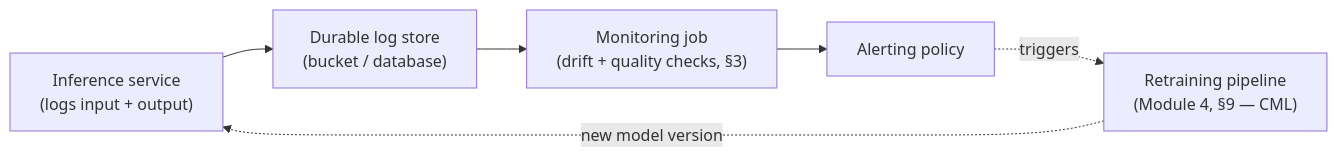
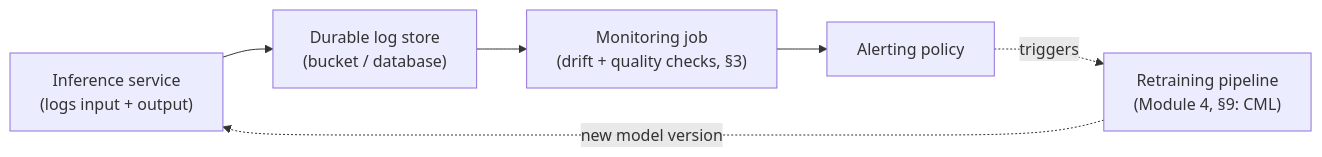
Before and after one commit to aligunesgit/MlOps: the diagram in m9_model_monitoring/README.md, drawn with Mermaid. The commit also changed other lines of this file and 17 other files, not shown here.

````diff
--- a/m9_model_monitoring/README.md
+++ b/m9_model_monitoring/README.md
@@ -124,8 +124,8 @@
 ```mermaid
 flowchart LR
     INF["Inference service<br/>(logs input + output)"] --> STORE["Durable log store<br/>(bucket / database)"]
     STORE --> MON["Monitoring job<br/>(drift + quality checks, §3)"]
     MON --> ALERT["Alerting policy"]
-    ALERT -.triggers.-> RETRAIN["Retraining pipeline<br/>(Module 4, §9 — CML)"]
+    ALERT -.triggers.-> RETRAIN["Retraining pipeline<br/>(Module 4, §9: CML)"]
     RETRAIN -.new model version.-> INF
 ```
````
